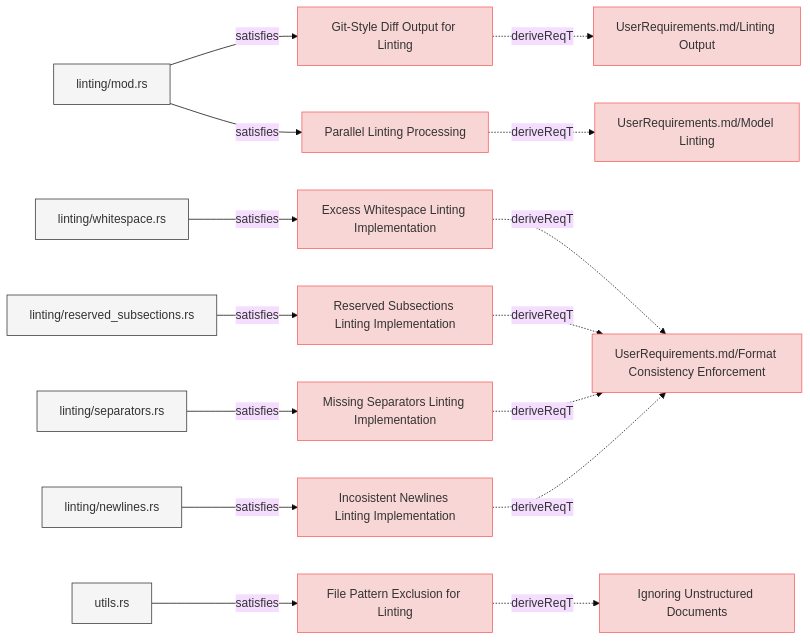
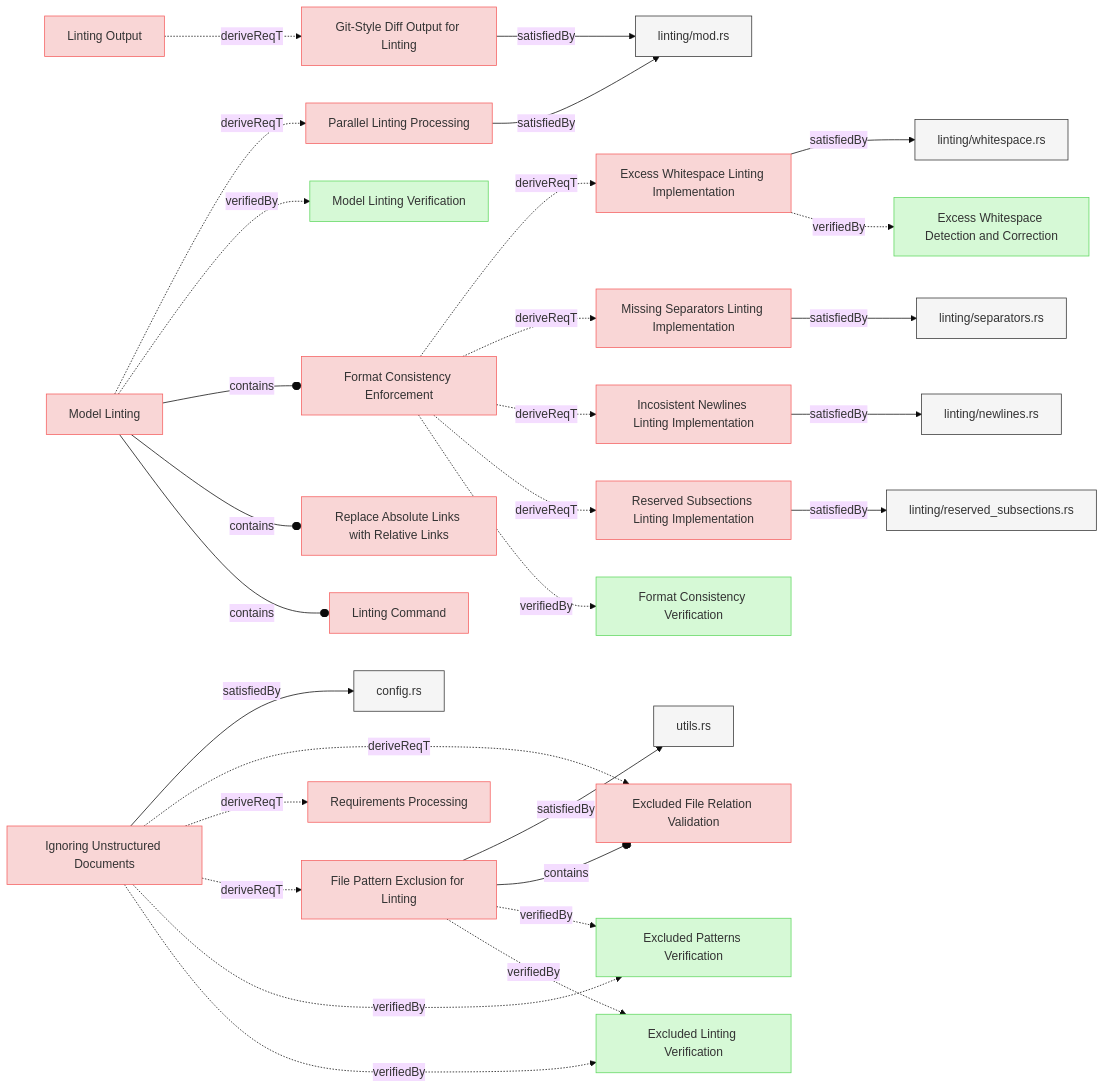
One commit to reqvire-org/reqvire changed the first of 8 diagrams in specifications/SystemRequirements/Requirements.md. Above: the diagram before and after it, drawn with Mermaid (base theme). The commit also changed other lines of this file and 27 other files, not shown here.

Commit message:
Diagrams update.X

````diff
--- a/specifications/SystemRequirements/Requirements.md
+++ b/specifications/SystemRequirements/Requirements.md
@@ -12,69 +12,113 @@
   b7dd9db7a1290b97["Git-Style Diff Output for Linting"];
   class b7dd9db7a1290b97 requirement;
   click b7dd9db7a1290b97 "Requirements.md#git-style-diff-output-for-linting";
-  26fdf88d16b09109["UserRequirements.md/Linting Output"];
-  class 26fdf88d16b09109 requirement;
-  click 26fdf88d16b09109 "../UserRequirements.md#linting-output";
-  b7dd9db7a1290b97 -.->|deriveReqT| 26fdf88d16b09109;
   c418c3775592f201["linting/mod.rs"];
   class c418c3775592f201 default;
   click c418c3775592f201 "../../core/src/linting/mod.rs";
-  c418c3775592f201 -->|satisfies| b7dd9db7a1290b97;
+  b7dd9db7a1290b97 -->|satisfiedBy| c418c3775592f201;
+  47401bd64e231632["Parallel Linting Processing"];
+  class 47401bd64e231632 requirement;
+  click 47401bd64e231632 "Requirements.md#parallel-linting-processing";
+  c418c3775592f201["linting/mod.rs"];
+  class c418c3775592f201 default;
+  click c418c3775592f201 "../../core/src/linting/mod.rs";
+  47401bd64e231632 -->|satisfiedBy| c418c3775592f201;
+  bef37c31db69b66a["File Pattern Exclusion for Linting"];
+  class bef37c31db69b66a requirement;
+  click bef37c31db69b66a "Requirements.md#file-pattern-exclusion-for-linting";
+  ce2625feec883e55["utils.rs"];
+  class ce2625feec883e55 default;
+  click ce2625feec883e55 "../../core/src/utils.rs";
+  bef37c31db69b66a -->|satisfiedBy| ce2625feec883e55;
+  929c6c204cb3fedb["Excluded File Relation Validation"];
+  class 929c6c204cb3fedb requirement;
+  click 929c6c204cb3fedb "Requirements.md#excluded-file-relation-validation";
+  bef37c31db69b66a --o|contains| 929c6c204cb3fedb;
+  590a4cc1c558992f["Excluded Patterns Verification"];
+  class 590a4cc1c558992f verification;
+  click 590a4cc1c558992f "../Verifications/LintingTests.md#excluded-patterns-verification";
+  bef37c31db69b66a -.->|verifiedBy| 590a4cc1c558992f;
+  71b5a1d5e278aa8e["Excluded Linting Verification"];
+  class 71b5a1d5e278aa8e verification;
+  click 71b5a1d5e278aa8e "../Verifications/LintingTests.md#excluded-linting-verification";
+  bef37c31db69b66a -.->|verifiedBy| 71b5a1d5e278aa8e;
   9f473f6e0b993cac["Excess Whitespace Linting Implementation"];
   class 9f473f6e0b993cac requirement;
   click 9f473f6e0b993cac "Requirements.md#excess-whitespace-linting-implementation";
-  974ccf933675ef44["UserRequirements.md/Format Consistency Enforcement"];
-  class 974ccf933675ef44 requirement;
-  click 974ccf933675ef44 "../UserRequirements.md#format-consistency-enforcement";
-  9f473f6e0b993cac -.->|deriveReqT| 974ccf933675ef44;
   63a0f5a33e87fcee["linting/whitespace.rs"];
   class 63a0f5a33e87fcee default;
   click 63a0f5a33e87fcee "../../core/src/linting/whitespace.rs";
-  63a0f5a33e87fcee -->|satisfies| 9f473f6e0b993cac;
+  9f473f6e0b993cac -->|satisfiedBy| 63a0f5a33e87fcee;
+  37dbb69e504fec9d["Excess Whitespace Detection and Correction"];
+  class 37dbb69e504fec9d verification;
+  click 37dbb69e504fec9d "../Verifications/LintingTests.md#excess-whitespace-detection-and-correction";
+  9f473f6e0b993cac -.->|verifiedBy| 37dbb69e504fec9d;
+  719bf8b75772947d["Missing Separators Linting Implementation"];
+  class 719bf8b75772947d requirement;
+  click 719bf8b75772947d "Requirements.md#missing-separators-linting-implementation";
+  9cbd45fe044171ec["linting/separators.rs"];
+  class 9cbd45fe044171ec default;
+  click 9cbd45fe044171ec "../../core/src/linting/separators.rs";
+  719bf8b75772947d -->|satisfiedBy| 9cbd45fe044171ec;
+  7d44a9de72f2ed11["Incosistent Newlines Linting Implementation"];
+  class 7d44a9de72f2ed11 requirement;
+  click 7d44a9de72f2ed11 "Requirements.md#incosistent-newlines-linting-implementation";
+  aab06119b34eec74["linting/newlines.rs"];
+  class aab06119b34eec74 default;
+  click aab06119b34eec74 "../../core/src/linting/newlines.rs";
+  7d44a9de72f2ed11 -->|satisfiedBy| aab06119b34eec74;
   a7bd845c64d1685e["Reserved Subsections Linting Implementation"];
   class a7bd845c64d1685e requirement;
   click a7bd845c64d1685e "Requirements.md#reserved-subsections-linting-implementation";
-  a7bd845c64d1685e -.->|deriveReqT| 974ccf933675ef44;
   4ef2e0c1cdbc35ab["linting/reserved_subsections.rs"];
   class 4ef2e0c1cdbc35ab default;
   click 4ef2e0c1cdbc35ab "../../core/src/linting/indentation.rs";
-  4ef2e0c1cdbc35ab -->|satisfies| a7bd845c64d1685e;
-  bef37c31db69b66a["File Pattern Exclusion for Linting"];
-  class bef37c31db69b66a requirement;
-  click bef37c31db69b66a "Requirements.md#file-pattern-exclusion-for-linting";
+  a7bd845c64d1685e -->|satisfiedBy| 4ef2e0c1cdbc35ab;
+  7305c1d6f7f1e2b2["Model Linting"];
+  class 7305c1d6f7f1e2b2 requirement;
+  click 7305c1d6f7f1e2b2 "../UserRequirements.md#model-linting";
+  7305c1d6f7f1e2b2 -.->|deriveReqT| 47401bd64e231632;
+  6481e4ca8c4d6920["Model Linting Verification"];
+  class 6481e4ca8c4d6920 verification;
+  click 6481e4ca8c4d6920 "../Verifications/LintingTests.md#model-linting-verification";
+  7305c1d6f7f1e2b2 -.->|verifiedBy| 6481e4ca8c4d6920;
+  974ccf933675ef44["Format Consistency Enforcement"];
+  class 974ccf933675ef44 requirement;
+  click 974ccf933675ef44 "../UserRequirements.md#format-consistency-enforcement";
+  7305c1d6f7f1e2b2 --o|contains| 974ccf933675ef44;
+  8dfe33c28555e80a["Replace Absolute Links with Relative Links"];
+  class 8dfe33c28555e80a requirement;
+  click 8dfe33c28555e80a "../UserRequirements.md#replace-absolute-links-with-relative-links";
+  7305c1d6f7f1e2b2 --o|contains| 8dfe33c28555e80a;
+  a51179cda67cf9f2["Linting Command"];
+  class a51179cda67cf9f2 requirement;
+  click a51179cda67cf9f2 "../UserRequirements.md#linting-command";
+  7305c1d6f7f1e2b2 --o|contains| a51179cda67cf9f2;
+  974ccf933675ef44 -.->|deriveReqT| 9f473f6e0b993cac;
+  974ccf933675ef44 -.->|deriveReqT| 719bf8b75772947d;
+  974ccf933675ef44 -.->|deriveReqT| 7d44a9de72f2ed11;
+  974ccf933675ef44 -.->|deriveReqT| a7bd845c64d1685e;
+  b8bfbd5ccf026b31["Format Consistency Verification"];
+  class b8bfbd5ccf026b31 verification;
+  click b8bfbd5ccf026b31 "../Verifications/LintingTests.md#format-consistency-verification";
+  974ccf933675ef44 -.->|verifiedBy| b8bfbd5ccf026b31;
   be83c2991e9535c7["Ignoring Unstructured Documents"];
   class be83c2991e9535c7 requirement;
   click be83c2991e9535c7 "Requirements.md#ignoring-unstructured-documents";
-  bef37c31db69b66a -.->|deriveReqT| be83c2991e9535c7;
-  ce2625feec883e55["utils.rs"];
-  class ce2625feec883e55 default;
-  click ce2625feec883e55 "../../core/src/utils.rs";
-  ce2625feec883e55 -->|satisfies| bef37c31db69b66a;
-  719bf8b75772947d["Missing Separators Linting Implementation"];
-  class 719bf8b75772947d requirement;
-  click 719bf8b75772947d "Requirements.md#missing-separators-linting-implementation";
-  719bf8b75772947d -.->|deriveReqT| 974ccf933675ef44;
-  9cbd45fe044171ec["linting/separators.rs"];
-  class 9cbd45fe044171ec default;
-  click 9cbd45fe044171ec "../../core/src/linting/separators.rs";
-  9cbd45fe044171ec -->|satisfies| 719bf8b75772947d;
-  47401bd64e231632["Parallel Linting Processing"];
-  class 47401bd64e231632 requirement;
-  click 47401bd64e231632 "Requirements.md#parallel-linting-processing";
-  7305c1d6f7f1e2b2["UserRequirements.md/Model Linting"];
-  class 7305c1d6f7f1e2b2 requirement;
-  click 7305c1d6f7f1e2b2 "../UserRequirements.md#model-linting";
-  47401bd64e231632 -.->|deriveReqT| 7305c1d6f7f1e2b2;
-  c418c3775592f201["linting/mod.rs"];
-  class c418c3775592f201 default;
-  click c418c3775592f201 "../../core/src/linting/mod.rs";
-  c418c3775592f201 -->|satisfies| 47401bd64e231632;
-  7d44a9de72f2ed11["Incosistent Newlines Linting Implementation"];
-  class 7d44a9de72f2ed11 requirement;
-  click 7d44a9de72f2ed11 "Requirements.md#incosistent-newlines-linting-implementation";
-  7d44a9de72f2ed11 -.->|deriveReqT| 974ccf933675ef44;
-  aab06119b34eec74["linting/newlines.rs"];
-  class aab06119b34eec74 default;
-  click aab06119b34eec74 "../../core/src/linting/newlines.rs";
-  aab06119b34eec74 -->|satisfies| 7d44a9de72f2ed11;
+  8419dcc77d92b609["config.rs"];
+  class 8419dcc77d92b609 default;
+  click 8419dcc77d92b609 "../../cli/src/config.rs";
+  be83c2991e9535c7 -->|satisfiedBy| 8419dcc77d92b609;
+  be83c2991e9535c7 -.->|deriveReqT| 929c6c204cb3fedb;
+  bed8d0948b3e5ccd["Requirements Processing"];
+  class bed8d0948b3e5ccd requirement;
+  click bed8d0948b3e5ccd "Requirements.md#requirements-processing";
+  be83c2991e9535c7 -.->|deriveReqT| bed8d0948b3e5ccd;
+  be83c2991e9535c7 -.->|deriveReqT| bef37c31db69b66a;
+  be83c2991e9535c7 -.->|verifiedBy| 590a4cc1c558992f;
+  be83c2991e9535c7 -.->|verifiedBy| 71b5a1d5e278aa8e;
+  26fdf88d16b09109["Linting Output"];
+  class 26fdf88d16b09109 requirement;
+  click 26fdf88d16b09109 "../UserRequirements.md#linting-output";
+  26fdf88d16b09109 -.->|deriveReqT| b7dd9db7a1290b97;
 ```
````
